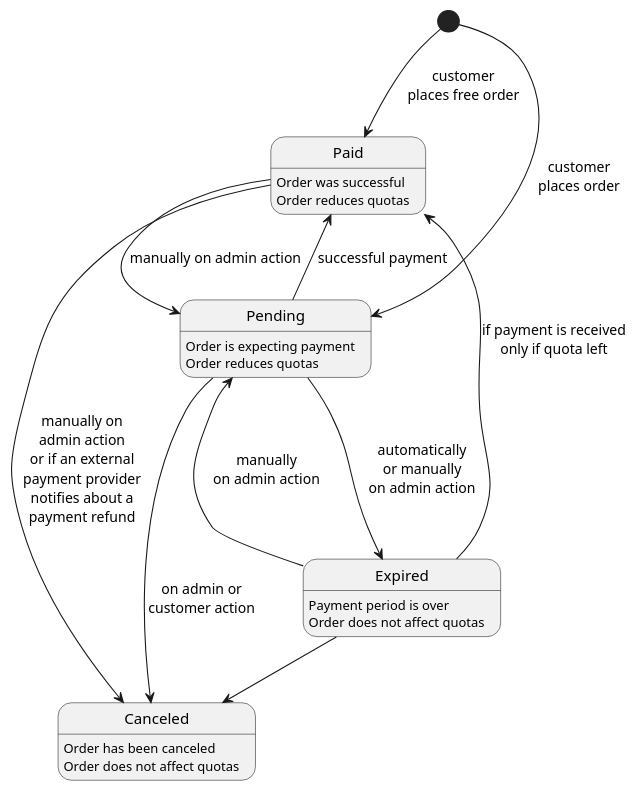
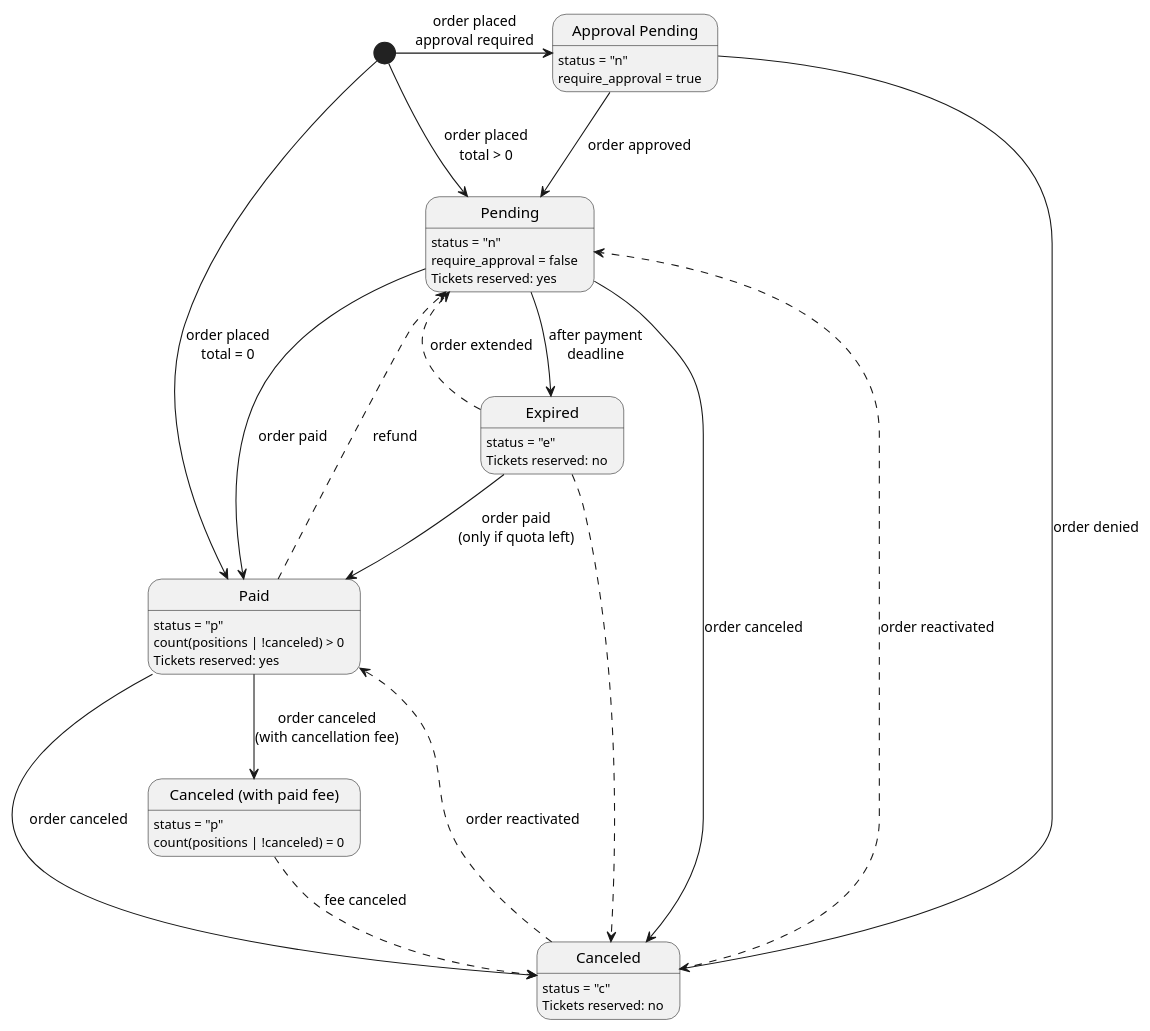
One commit to pretix/pretix changed the diagram in doc/images/order_states.puml. Above: the diagram before and after it, drawn with PlantUML. The commit also changed 2 other files, not shown here.

Commit message:
Update order state chart

```diff
--- a/doc/images/order_states.puml
+++ b/doc/images/order_states.puml
@@ -1,19 +1,39 @@
 @startuml
 
-Pending: Order is expecting payment\nOrder reduces quotas
-Expired: Payment period is over\nOrder does not affect quotas
-Paid: Order was successful\nOrder reduces quotas
-Canceled: Order has been canceled\nOrder does not affect quotas
+state "Approval Pending" as AP
+state "Canceled (with paid fee)" as CP
+AP: status = "n"
+AP: require_approval = true
+Pending: status = "n"
+Pending: require_approval = false
+Pending: Tickets reserved: yes
+Expired: status = "e"
+Expired: Tickets reserved: no
+Paid: status = "p"
+Paid: count(positions | !canceled) > 0
+Paid: Tickets reserved: yes
+CP: status = "p"
+CP: count(positions | !canceled) = 0
+Canceled: status = "c"
+Canceled: Tickets reserved: no
 
-[*] --> Pending: customer\nplaces order
-Pending --> Paid: successful payment
-Pending --> Expired: automatically\nor manually\non admin action
-Expired --> Paid: if payment is received\nonly if quota left
-Expired --> Canceled
-Expired --> Pending: manually\non admin action
-Paid --> Canceled: manually on\nadmin action\nor if an external\npayment provider\nnotifies about a\npayment refund
-Pending --> Canceled: on admin or\ncustomer action
-Paid -> Pending: manually on admin action
-[*] --> Paid: customer\nplaces free order
+
+[*] -> Pending: order placed\ntotal > 0
+[*] -> Paid: order placed\ntotal = 0
+[*] -> AP: order placed\napproval required
+Pending --> Paid: order paid
+Pending --> Expired: after payment\ndeadline
+Expired --> Paid: order paid\n(only if quota left)
+Expired -[dashed]-> Canceled
+Expired -[dashed]-> Pending: order extended
+Paid --> Canceled: order canceled
+Pending --> Canceled: order canceled
+Paid -[dashed]-> Pending: refund
+AP --> Pending: order approved
+AP --> Canceled: order denied
+Paid --> CP: order canceled\n(with cancellation fee)
+Canceled -[dashed]-> Pending: order reactivated
+Canceled -[dashed]-> Paid: order reactivated
+CP -[dashed]-> Canceled: fee canceled
 
 @enduml
```
